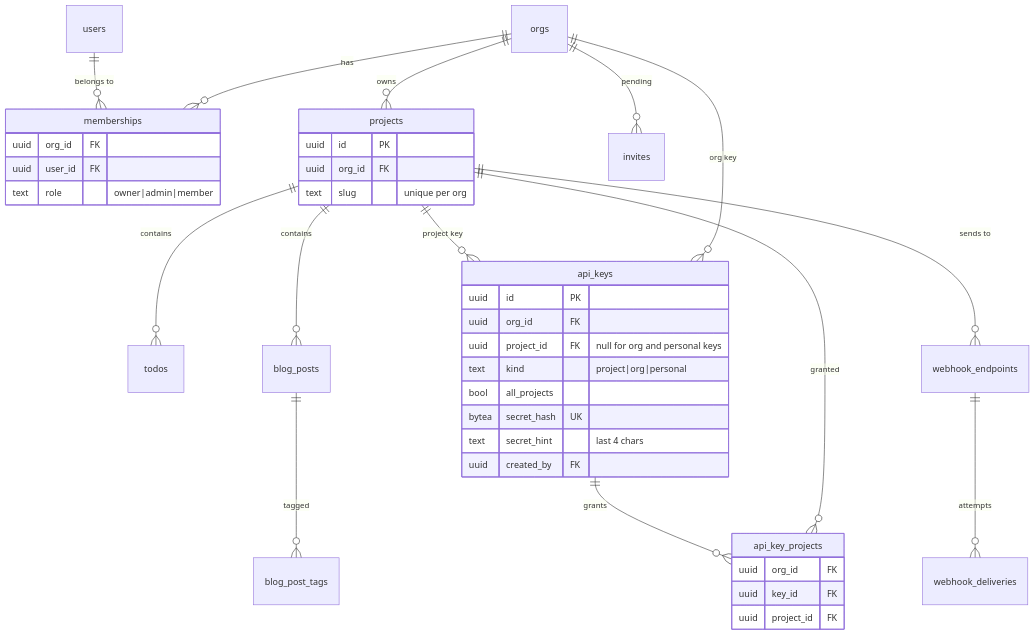
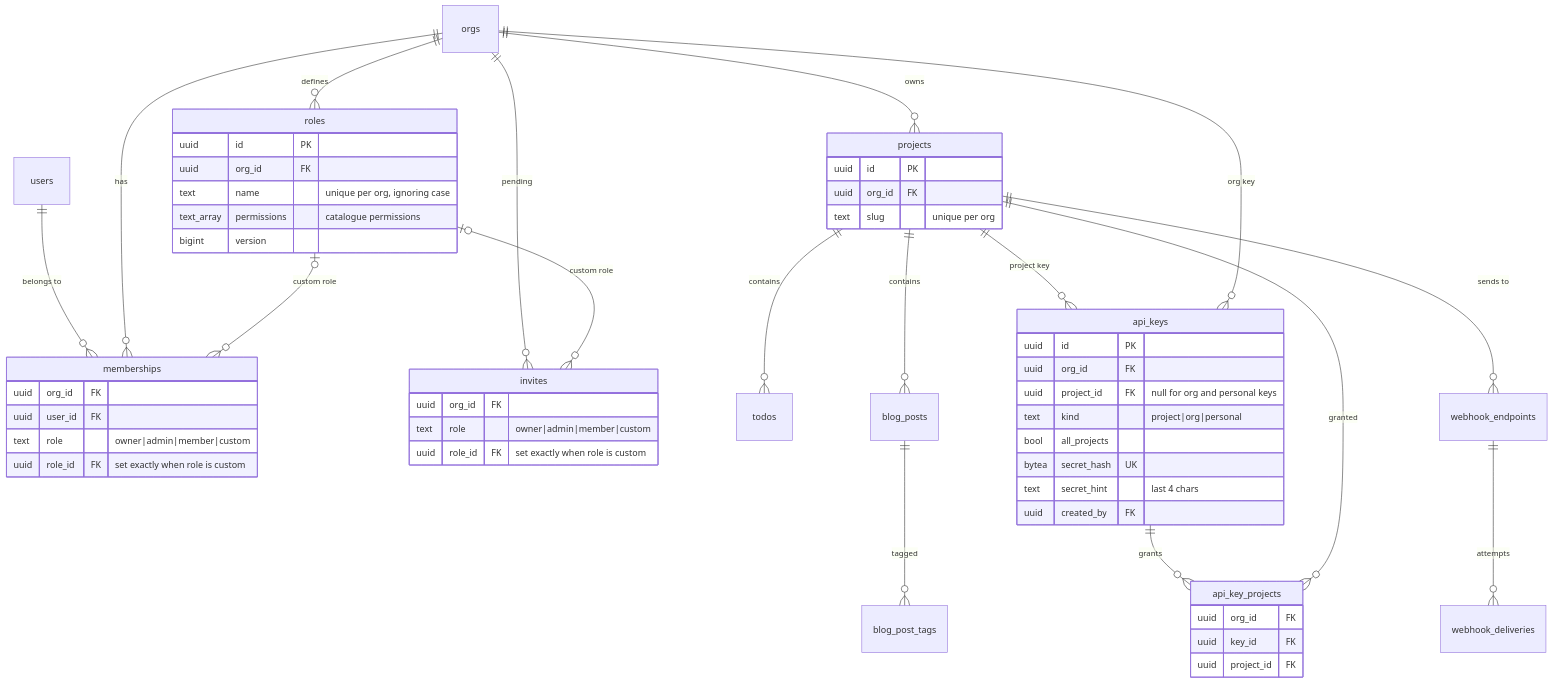
The first of 2 diagrams in schema/README.md (altalune-id/opensheet), drawn with Mermaid before and after one commit. The commit also changed other lines of this file and 129 other files, not shown here.

First line of the commit message:
feat(roles): add custom org roles with a permission picker (#58)

````diff
--- a/schema/README.md
+++ b/schema/README.md
@@ -36,42 +36,58 @@
 ```mermaid
 erDiagram
     users ||--o{ memberships : "belongs to"
     orgs ||--o{ memberships : "has"
     orgs ||--o{ projects : "owns"
     orgs ||--o{ invites : "pending"
+    orgs ||--o{ roles : "defines"
+    roles |o--o{ memberships : "custom role"
+    roles |o--o{ invites : "custom role"
     projects ||--o{ todos : "contains"
     projects ||--o{ blog_posts : "contains"
     blog_posts ||--o{ blog_post_tags : "tagged"
     projects ||--o{ api_keys : "project key"
     orgs ||--o{ api_keys : "org key"
     api_keys ||--o{ api_key_projects : "grants"
     projects ||--o{ api_key_projects : "granted"
     projects ||--o{ webhook_endpoints : "sends to"
     webhook_endpoints ||--o{ webhook_deliveries : "attempts"
 
     memberships {
         uuid org_id FK
         uuid user_id FK
-        text role "owner|admin|member"
+        text role "owner|admin|member|custom"
+        uuid role_id FK "set exactly when role is custom"
+    }
+    invites {
+        uuid org_id FK
+        text role "owner|admin|member|custom"
+        uuid role_id FK "set exactly when role is custom"
+    }
+    roles {
+        uuid id PK
+        uuid org_id FK
+        text name "unique per org, ignoring case"
+        text_array permissions "catalogue permissions"
+        bigint version
     }
     projects {
         uuid id PK
         uuid org_id FK
         text slug "unique per org"
     }
     api_keys {
         uuid id PK
         uuid org_id FK
         uuid project_id FK "null for org and personal keys"
         text kind "project|org|personal"
         bool all_projects
         bytea secret_hash UK
         text secret_hint "last 4 chars"
         uuid created_by FK
     }
     api_key_projects {
         uuid org_id FK
         uuid key_id FK
         uuid project_id FK
     }
 ```
````
